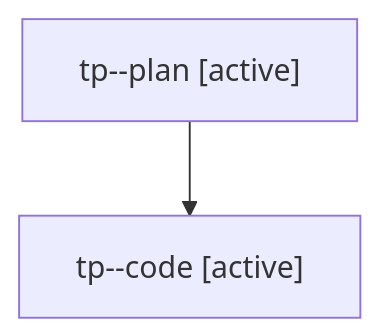
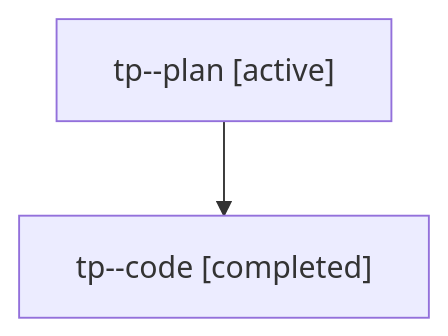
Before and after one commit to bobs-org/bob-cli--agents: the diagram in sessions/bbugyi200.athena.tp.md, drawn with Mermaid. The commit also changed other lines of this file and 6 other files, not shown here.

````diff
--- a/sessions/bbugyi200.athena.tp.md
+++ b/sessions/bbugyi200.athena.tp.md
@@ -9,6 +9,6 @@
 ```mermaid
 flowchart TD
   n0["tp--plan [active]"]
-  n1["tp--code [active]"]
+  n1["tp--code [completed]"]
   n0 --> n1
 ```
````
